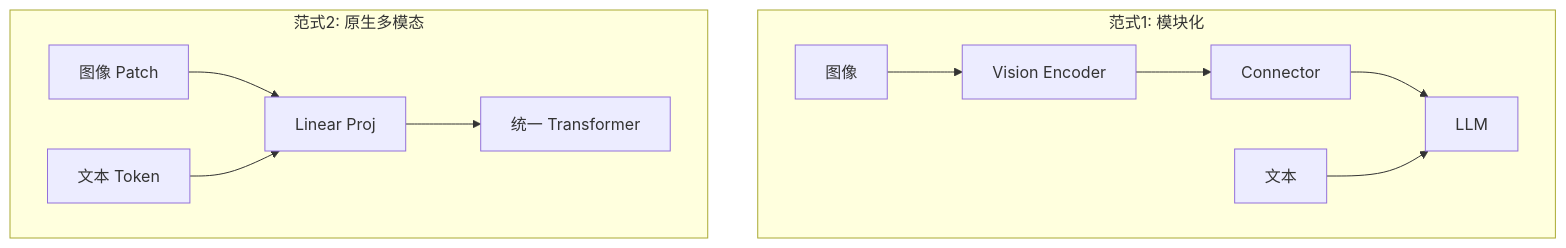
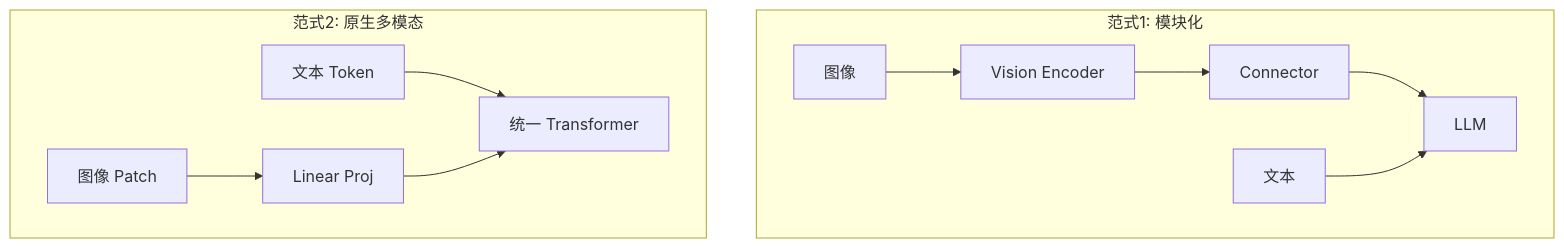
Before and after one commit to likebeans/notes-on-llms: the first of 6 diagrams in docs/llms/multimodal/architecture.md, drawn with Mermaid. The commit also changed other lines of this file and 175 other files, not shown here.

````diff
--- a/docs/llms/multimodal/architecture.md
+++ b/docs/llms/multimodal/architecture.md
@@ -25,15 +27,15 @@
 ```mermaid
 flowchart TB
     subgraph "范式1: 模块化"
         I1[图像] --> E1[Vision Encoder]
         E1 --> C1[Connector]
         C1 --> L1[LLM]
         T1[文本] --> L1
     end
     
     subgraph "范式2: 原生多模态"
         I2[图像 Patch] --> P2[Linear Proj]
-        T2[文本 Token] --> P2
+        T2[文本 Token] --> L2
         P2 --> L2[统一 Transformer]
     end
 ```
````
